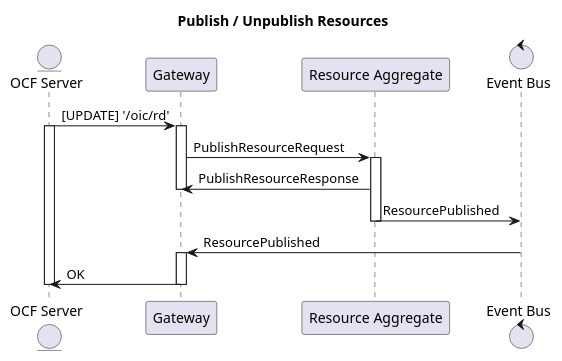
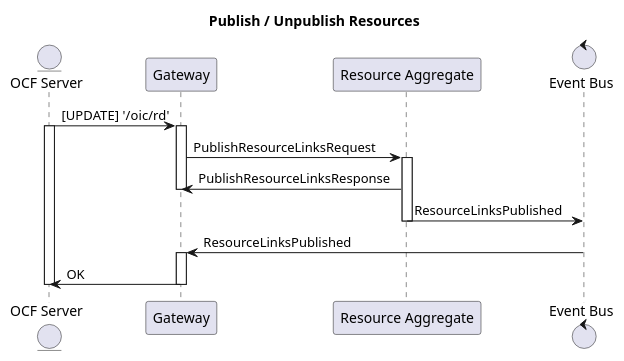
The first of 6 diagrams in resource-aggregate/.plantuml (plgd-dev/hub), drawn with PlantUML before and after one commit. The commit also changed other lines of this file and 1 other file, not shown here.

Commit message:
resource-aggregate: update plantuml

```diff
--- a/resource-aggregate/.plantuml
+++ b/resource-aggregate/.plantuml
@@ -1,25 +1,25 @@
 @startuml
 
 title "Publish / Unpublish Resources"
 
 entity "OCF Server" as Server
 participant "Gateway" as Gateway
 participant "Resource Aggregate" as ResourceAggregate
 control "Event Bus" as Bus
 
 Server -> Gateway : [UPDATE] '/oic/rd'
 activate Server
 activate Gateway
-Gateway -> ResourceAggregate : PublishResourceRequest
+Gateway -> ResourceAggregate : PublishResourceLinksRequest
 activate ResourceAggregate
-ResourceAggregate -> Gateway : PublishResourceResponse
+ResourceAggregate -> Gateway : PublishResourceLinksResponse
 deactivate Gateway
-ResourceAggregate -> Bus : ResourcePublished
+ResourceAggregate -> Bus : ResourceLinksPublished
 deactivate ResourceAggregate
-Gateway <- Bus: ResourcePublished
+Gateway <- Bus: ResourceLinksPublished
 activate Gateway
 Gateway -> Server : OK
 deactivate Gateway
 deactivate Server
 
 @enduml
```
